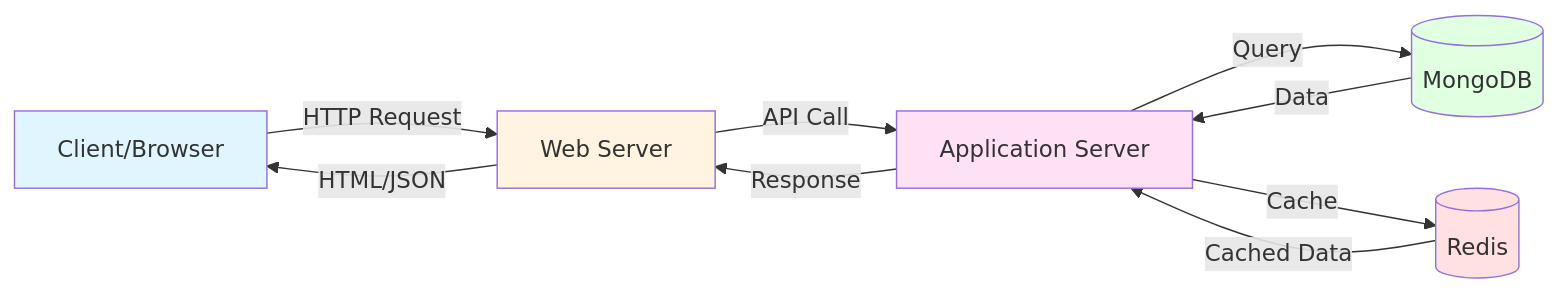
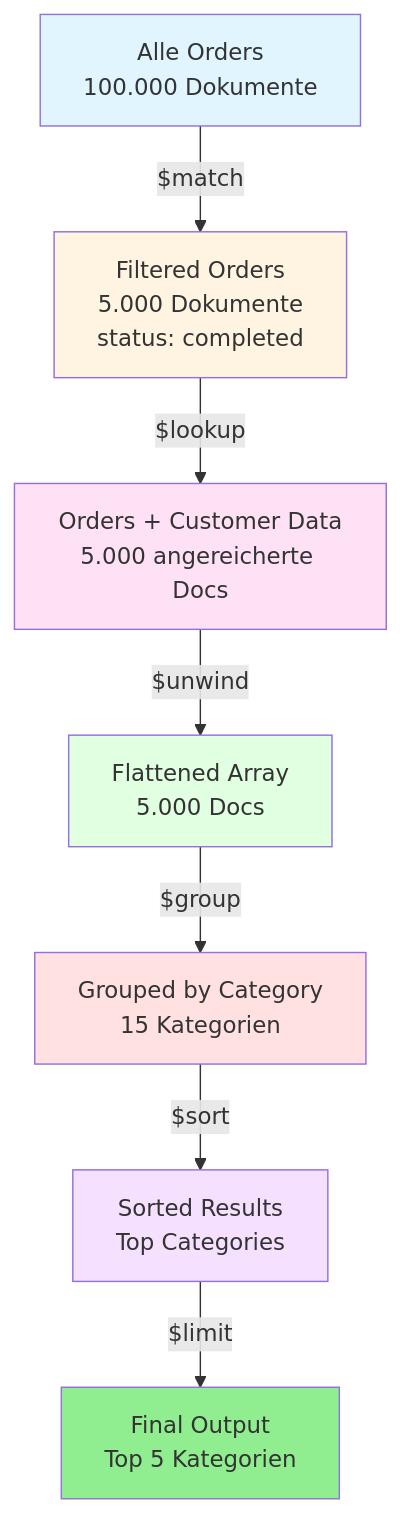
The diagram in slidev/slides.md (mathisarends/fh-muenster-slidev-starter), drawn with Mermaid before and after one commit. The commit also changed other lines of this file and 5 other files, not shown here.

````diff
--- a/slidev/slides.md
+++ b/slidev/slides.md
@@ -323,17 +828,17 @@
 ```mermaid
-graph LR
-    A[Client/Browser] -->|HTTP Request| B[Web Server]
-    B -->|API Call| C[Application Server]
-    C -->|Query| D[(MongoDB)]
-    C -->|Cache| E[(Redis)]
-    D -->|Data| C
-    E -->|Cached Data| C
-    C -->|Response| B
-    B -->|HTML/JSON| A
+graph TD
+    A[Alle Orders<br/>100.000 Dokumente] -->|$match| B[Filtered Orders<br/>5.000 Dokumente<br/>status: completed]
+    B -->|$lookup| C[Orders + Customer Data<br/>5.000 angereicherte Docs]
+    C -->|$unwind| D[Flattened Array<br/>5.000 Docs]
+    D -->|$group| E[Grouped by Category<br/>15 Kategorien]
+    E -->|$sort| F[Sorted Results<br/>Top Categories]
+    F -->|$limit| G[Final Output<br/>Top 5 Kategorien]
     
     style A fill:#e1f5ff
     style B fill:#fff4e1
     style C fill:#ffe1f5
     style D fill:#e1ffe1
     style E fill:#ffe1e1
+    style F fill:#f5e1ff
+    style G fill:#90EE90
 ```
````
